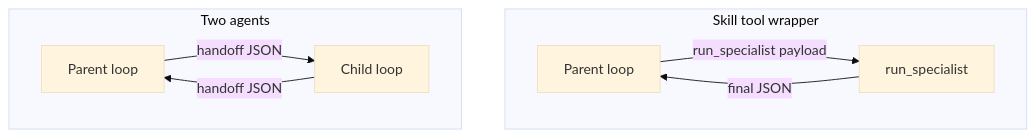
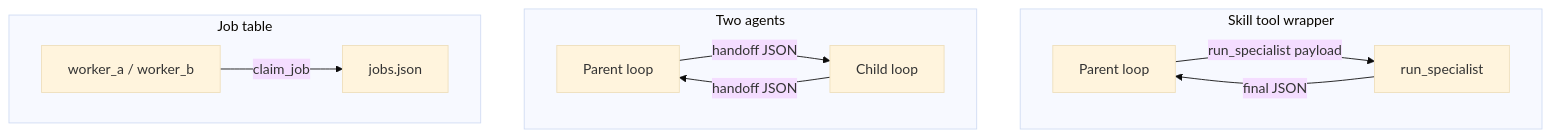
Before and after one commit to jacobbweber/AgenticAI-Labs: the diagram in education/08_two_agents/03_skill_vs_two_agents.md, drawn with Mermaid (base theme). The commit also changed other lines of this file, not shown here.

Commit message:
Point chapter 08 at job table; drop LAN default

````diff
--- a/education/08_two_agents/03_skill_vs_two_agents.md
+++ b/education/08_two_agents/03_skill_vs_two_agents.md
@@ -37,15 +40,20 @@
 ```mermaid
 flowchart TD
     subgraph skill_wrap [Skill tool wrapper]
         P1["Parent loop"]
         C1["run_specialist"]
     end
     subgraph skill_two [Two agents]
         P2["Parent loop"]
         C2["Child loop"]
     end
+    subgraph skill_jobs [Job table]
+        WJ["worker_a / worker_b"]
+        JT["jobs.json"]
+    end
     P1 -->|"run_specialist payload"| C1
     C1 -->|"final JSON"| P1
     P2 -->|"handoff JSON"| C2
     C2 -->|"handoff JSON"| P2
+    WJ -->|"claim_job"| JT
 ```
````
